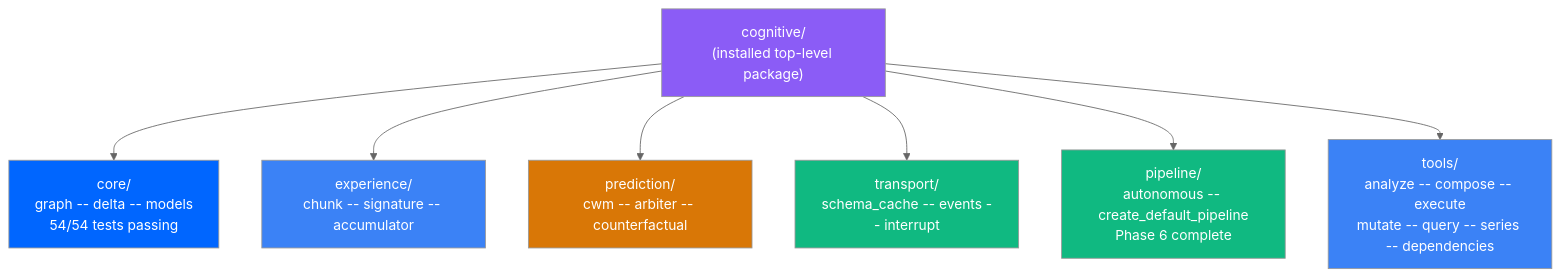
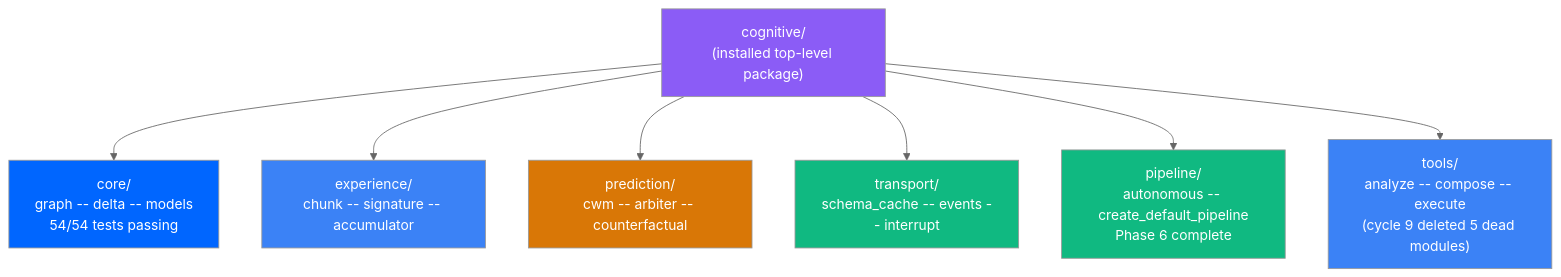
Before and after one commit to JosephOIbrahim/Comfy-Cozy: diagram 17 of 20 in README.md, drawn with Mermaid (neutral theme). The commit also changed other lines of this file, not shown here.

First line of the commit message:
docs: README — session iso (4 transports), LLM hardening diagram, security cell

````diff
--- a/README.md
+++ b/README.md
@@ -729,18 +741,18 @@
 ```mermaid
 graph TB
     Cognitive["cognitive/<br/>(installed top-level package)"]
     Cognitive --> Core["core/<br/>graph -- delta -- models<br/>54/54 tests passing"]
     Cognitive --> Exp["experience/<br/>chunk -- signature -- accumulator"]
     Cognitive --> Pred["prediction/<br/>cwm -- arbiter -- counterfactual"]
     Cognitive --> Trans["transport/<br/>schema_cache -- events -- interrupt"]
     Cognitive --> Pipe["pipeline/<br/>autonomous -- create_default_pipeline<br/>Phase 6 complete"]
-    Cognitive --> CogTools["tools/<br/>analyze -- compose -- execute<br/>mutate -- query -- series -- dependencies"]
+    Cognitive --> CogTools["tools/<br/>analyze -- compose -- execute<br/>(cycle 9 deleted 5 dead modules)"]
 
     style Cognitive fill:#8b5cf6,color:#fff
     style Core fill:#0066FF,color:#fff
     style Exp fill:#3b82f6,color:#fff
     style Pred fill:#d97706,color:#fff
     style Trans fill:#10b981,color:#fff
     style Pipe fill:#10b981,color:#fff
     style CogTools fill:#3b82f6,color:#fff
 ```
````
